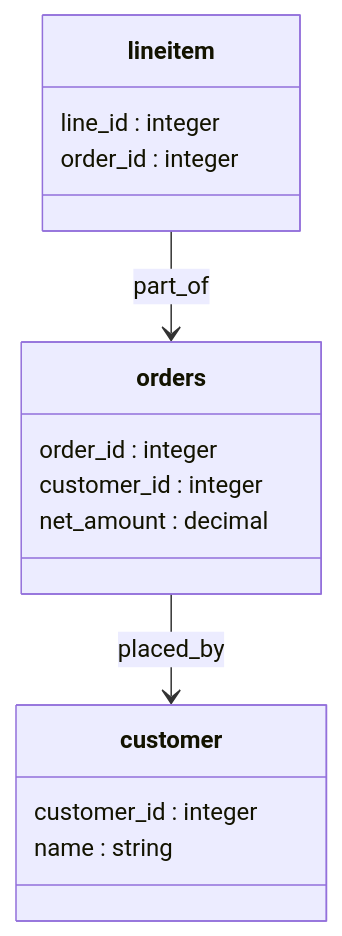
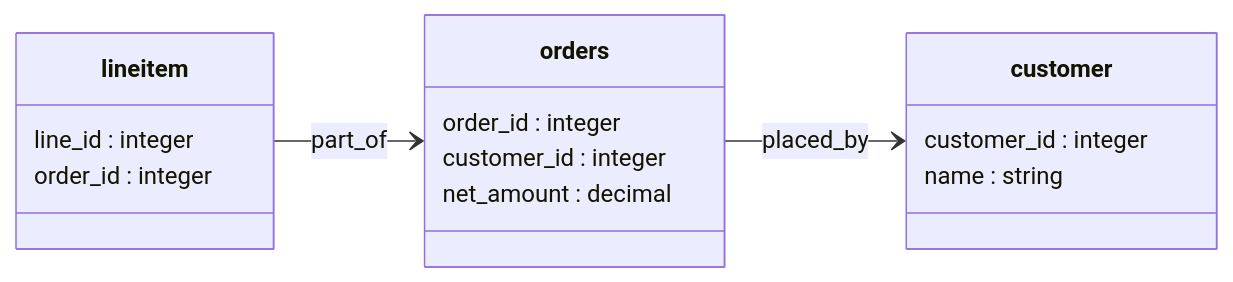
The first of 2 diagrams in toolbox/mdcode/docs/semantic-model/codelab.md (GoogleCloudPlatform/knowledge-catalog), drawn with Mermaid before and after one commit. The commit also changed other lines of this file, not shown here.

Commit message:
docs(codelab): flow the class diagram L-R; unpack the dense OWL intro into bullets

````diff
--- a/toolbox/mdcode/docs/semantic-model/codelab.md
+++ b/toolbox/mdcode/docs/semantic-model/codelab.md
@@ -106,18 +106,19 @@
 ```mermaid
 classDiagram
+    direction LR
     class orders {
         order_id : integer
         customer_id : integer
         net_amount : decimal
     }
     class customer {
         customer_id : integer
         name : string
     }
     class lineitem {
         line_id : integer
         order_id : integer
     }
     lineitem --> orders : part_of
     orders --> customer : placed_by
 ```
````
